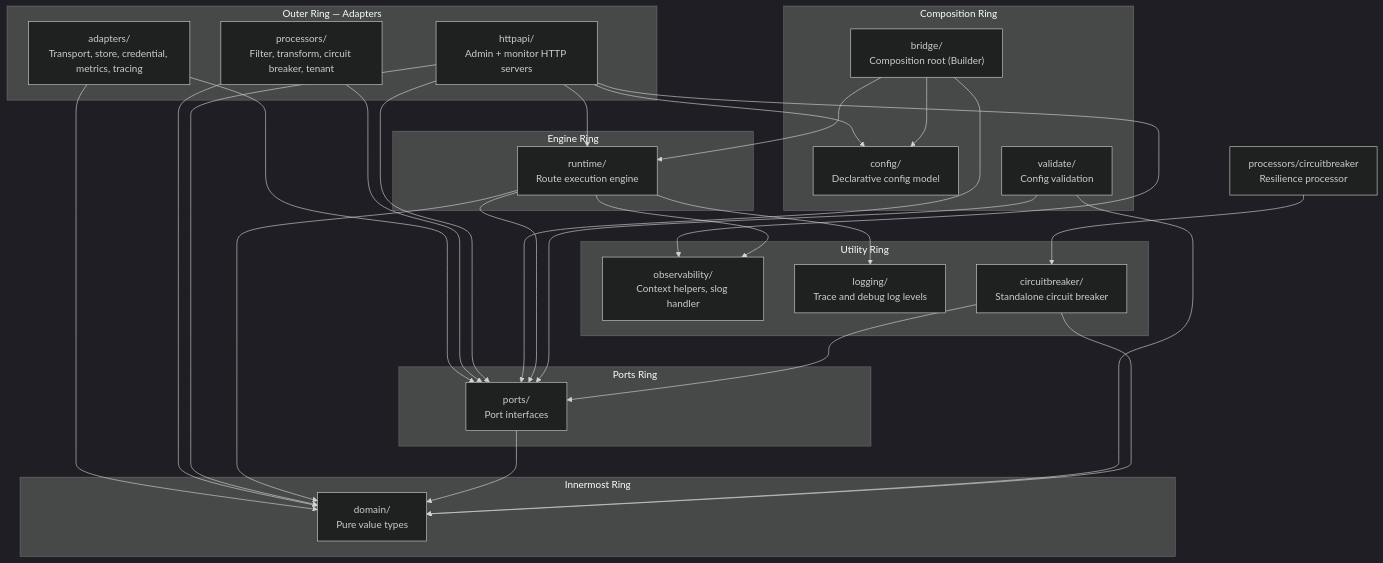
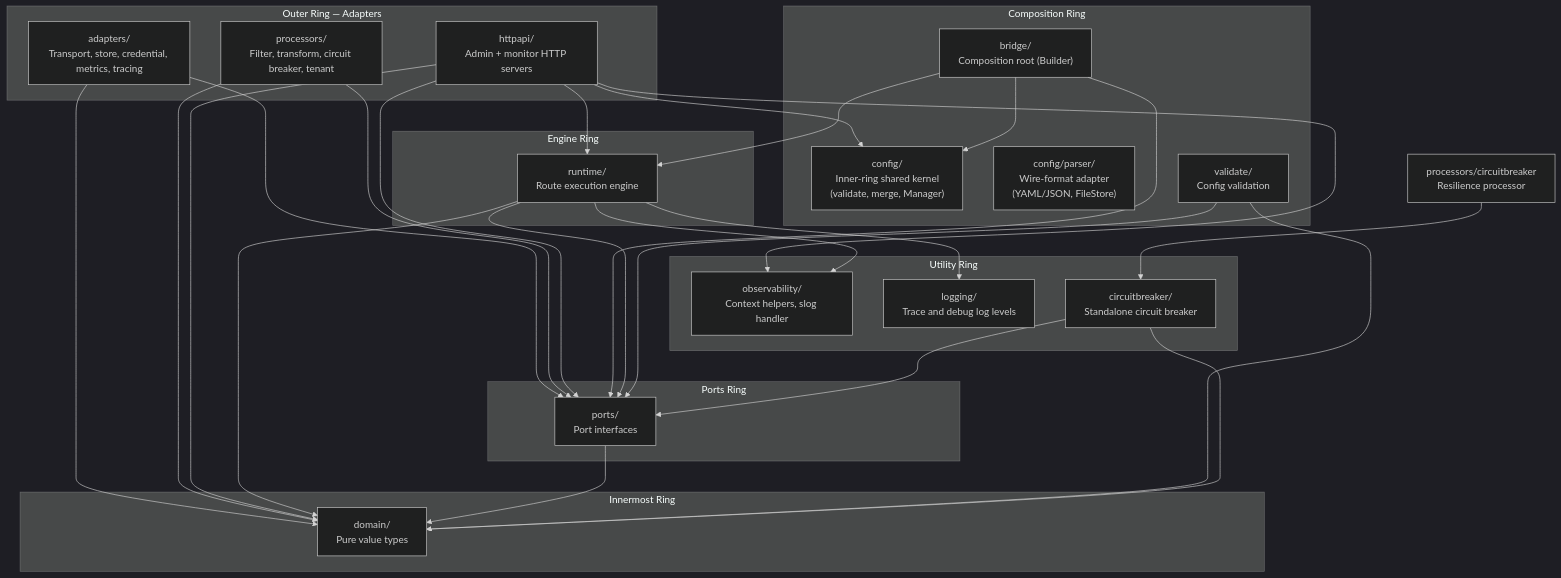
Before and after one commit to mariotoffia/gobridge: the first of 11 diagrams in ARCHITECTURE.md, drawn with Mermaid (dark theme). The commit also changed other lines of this file and 56 other files, not shown here.

First line of the commit message:
L-2: Split config/ into inner-ring config + config/parser

````diff
--- a/ARCHITECTURE.md
+++ b/ARCHITECTURE.md
@@ -21,56 +21,57 @@
 ```mermaid
 graph TB
     subgraph "Innermost Ring"
         D["domain/<br/>Pure value types"]
     end
 
     subgraph "Ports Ring"
         P["ports/<br/>Port interfaces"]
     end
 
     subgraph "Utility Ring"
         O["observability/<br/>Context helpers, slog handler"]
         L["logging/<br/>Trace and debug log levels"]
         CB["circuitbreaker/<br/>Standalone circuit breaker"]
     end
 
     subgraph "Engine Ring"
         R["runtime/<br/>Route execution engine"]
     end
 
     subgraph "Composition Ring"
         B["bridge/<br/>Composition root (Builder)"]
-        C["config/<br/>Declarative config model"]
+        C["config/<br/>Inner-ring shared kernel<br/>(validate, merge, Manager)"]
+        CP["config/parser/<br/>Wire-format adapter<br/>(YAML/JSON, FileStore)"]
         V["validate/<br/>Config validation"]
     end
 
     subgraph "Outer Ring — Adapters"
         A["adapters/<br/>Transport, store, credential, metrics, tracing"]
         PR["processors/<br/>Filter, transform, circuit breaker, tenant"]
         H["httpapi/<br/>Admin + monitor HTTP servers"]
     end
 
     A --> P
     A --> D
     PR --> P
     PR --> D
     PRC["processors/circuitbreaker<br/>Resilience processor"]
     PRC --> CB
     H --> R
     H --> P
     H --> D
     H --> O
     H --> C
     B --> C
     B --> P
     B --> R
     R --> P
     R --> D
     R --> O
     R --> L
     P --> D
     V --> P
     V --> D
     CB --> D
     CB --> P
 ```
````
